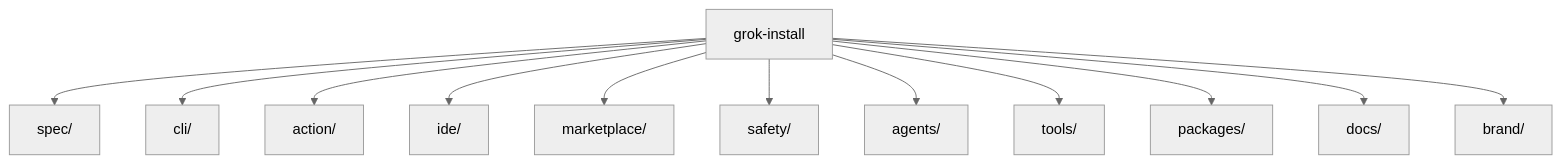
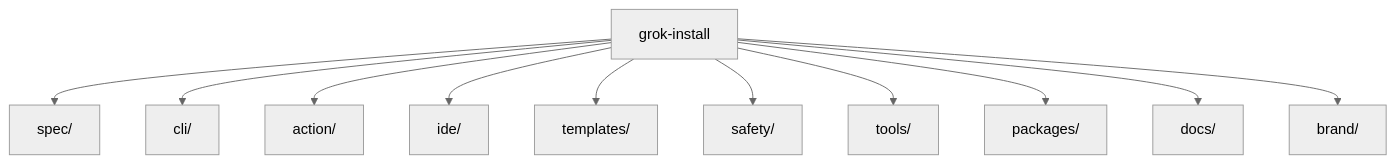
Before and after one commit to AgentMindCloud/grok-install: the diagram in README.md, drawn with Mermaid (neutral theme). The commit also changed other lines of this file and 73 other files, not shown here.

````diff
--- a/README.md
+++ b/README.md
@@ -52,15 +48,14 @@
 ```mermaid
 graph TD
     root[grok-install]
     root --> spec[spec/]
     root --> cli[cli/]
     root --> action[action/]
     root --> ide[ide/]
-    root --> marketplace[marketplace/]
+    root --> templates[templates/]
     root --> safety[safety/]
-    root --> agents[agents/]
     root --> tools[tools/]
     root --> packages[packages/]
     root --> docs[docs/]
     root --> brand[brand/]
 ```
````
